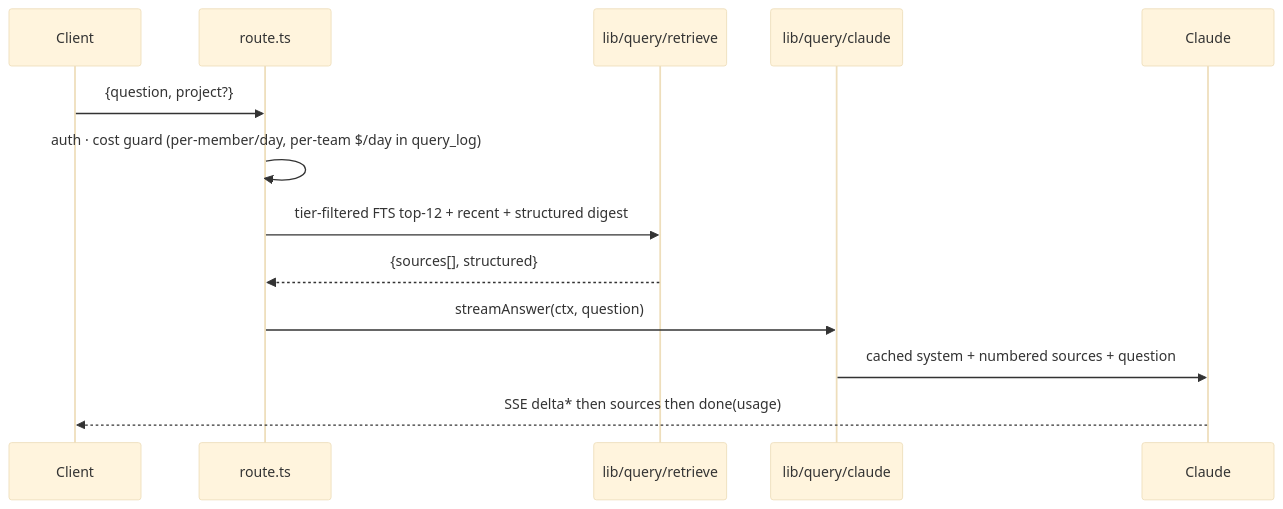
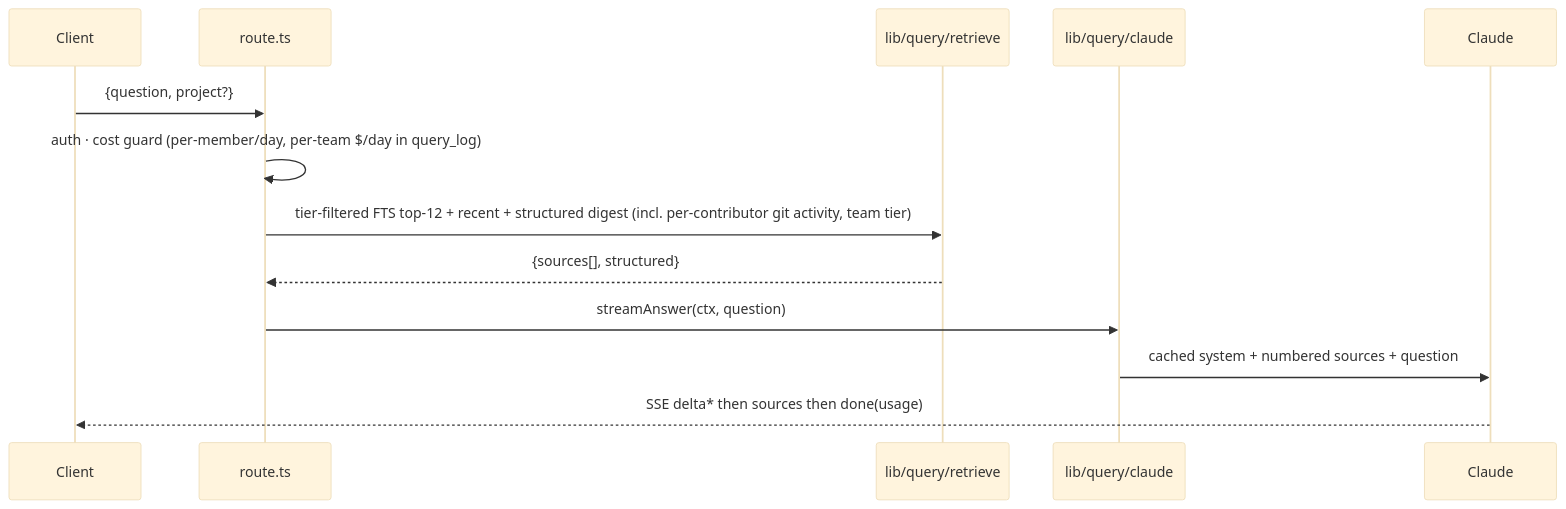
The third of 7 diagrams in docs/ARCHITECTURE.md (aiosbrain/aios-team-brain), drawn with Mermaid (base theme) before and after one commit. The commit also changed other lines of this file and 7 other files, not shown here.

First line of the commit message:
feat(query): make git activity + commit history answerable in NL queries

````diff
--- a/docs/ARCHITECTURE.md
+++ b/docs/ARCHITECTURE.md
@@ -129,15 +129,15 @@
 ```mermaid
 sequenceDiagram
   participant U as Client
   participant Q as route.ts
   participant RET as lib/query/retrieve
   participant CL as lib/query/claude
   participant LLM as Claude
   U->>Q: {question, project?}
   Q->>Q: auth · cost guard (per-member/day, per-team $/day in query_log)
-  Q->>RET: tier-filtered FTS top-12 + recent + structured digest
+  Q->>RET: tier-filtered FTS top-12 + recent + structured digest (incl. per-contributor git activity, team tier)
   RET-->>Q: {sources[], structured}
   Q->>CL: streamAnswer(ctx, question)
   CL->>LLM: cached system + numbered sources + question
   LLM-->>U: SSE delta* then sources then done(usage)
 ```
````
